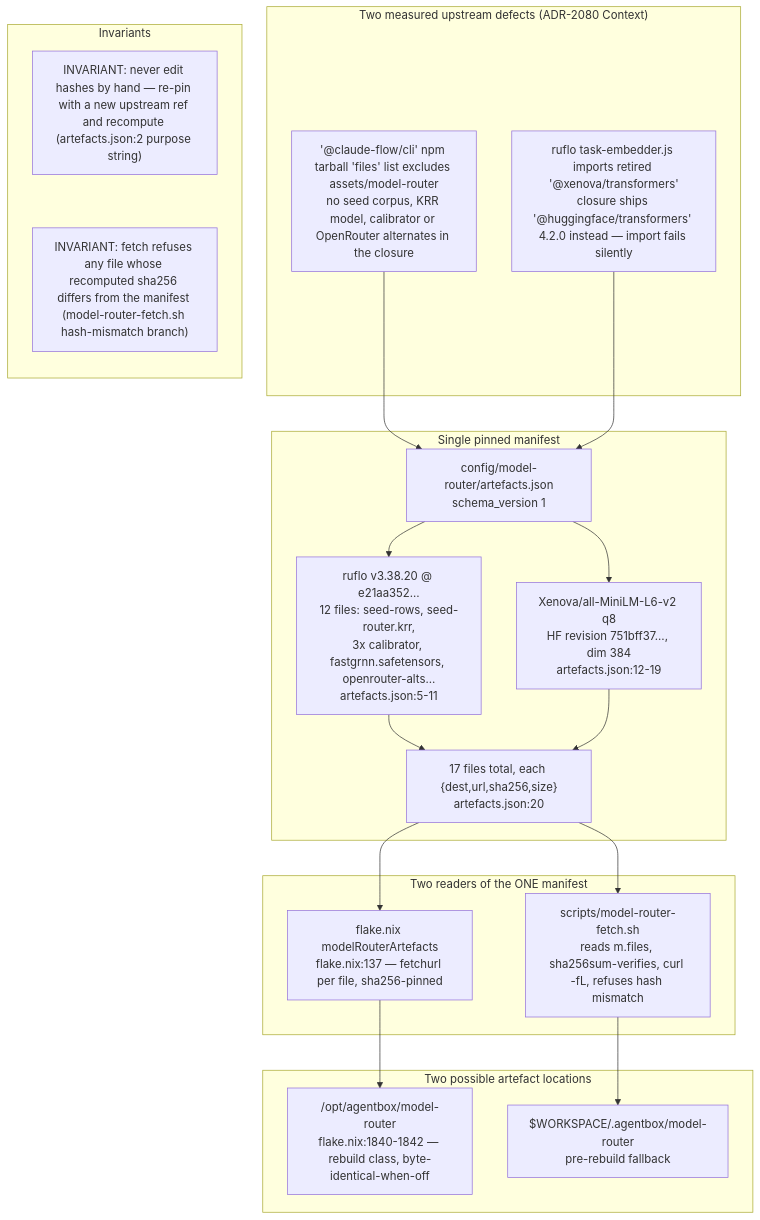
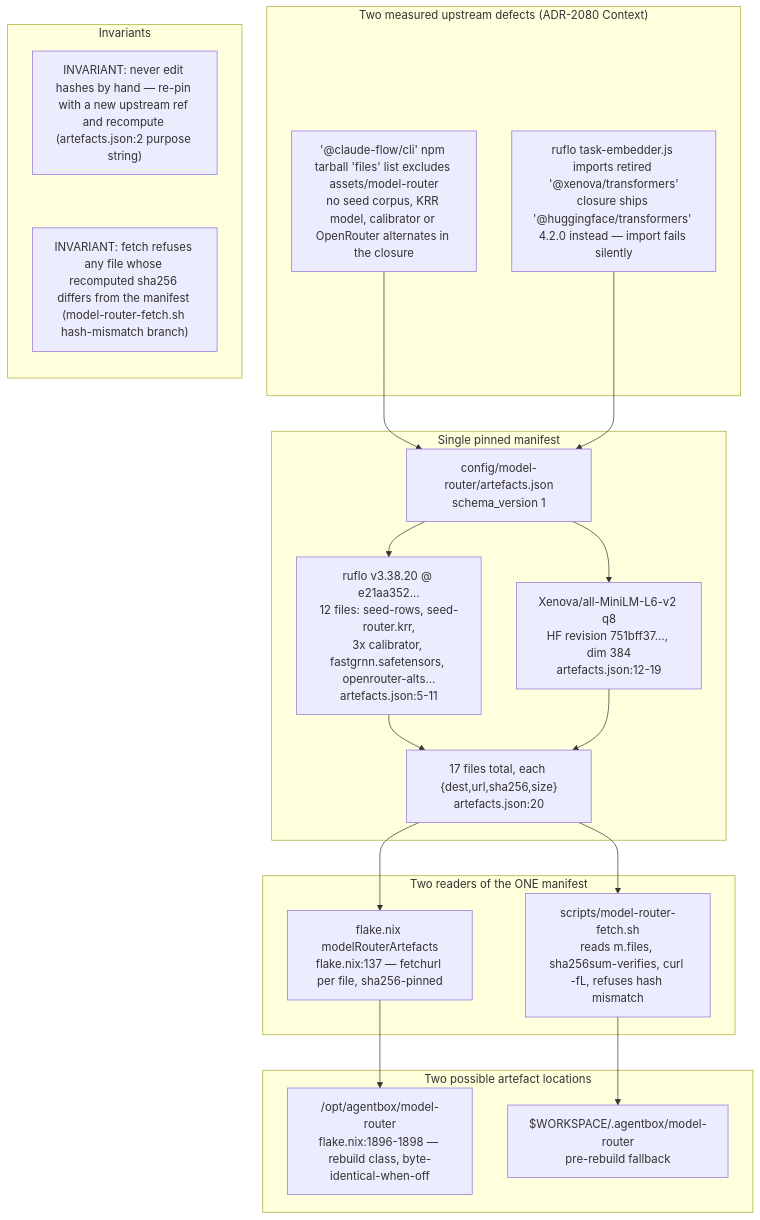
The first of 9 diagrams in docs/diagrams/agentbox/29-metaharness-router-console.md (DreamLab-AI/VisionFlow), drawn with Mermaid before and after one commit. The commit also changed other lines of this file and 94 other files, not shown here.

First line of the commit message:
docs(diagrams): re-verify 130 topics against 2 October HEADs

````diff
--- a/docs/diagrams/agentbox/29-metaharness-router-console.md
+++ b/docs/diagrams/agentbox/29-metaharness-router-console.md
@@ -28,33 +28,33 @@
 ```mermaid
 flowchart TB
     subgraph gap["Two measured upstream defects (ADR-2080 Context)"]
         T1["'@claude-flow/cli' npm tarball 'files' list excludes assets/model-router<br/>no seed corpus, KRR model, calibrator or OpenRouter alternates in the closure"]
         T2["ruflo task-embedder.js imports retired '@xenova/transformers'<br/>closure ships '@huggingface/transformers' 4.2.0 instead — import fails silently"]
     end
     subgraph manifest["Single pinned manifest"]
         ART["config/model-router/artefacts.json<br/>schema_version 1"]
         RUFLO["ruflo v3.38.20 @ e21aa352…<br/>12 files: seed-rows, seed-router.krr,<br/>3x calibrator, fastgrnn.safetensors, openrouter-alts…<br/>artefacts.json:5-11"]
         EMB["Xenova/all-MiniLM-L6-v2 q8<br/>HF revision 751bff37…, dim 384<br/>artefacts.json:12-19"]
         FILES["17 files total, each {dest,url,sha256,size}<br/>artefacts.json:20"]
     end
     subgraph readers["Two readers of the ONE manifest"]
         NIX["flake.nix modelRouterArtefacts<br/>flake.nix:137 — fetchurl per file, sha256-pinned"]
         FETCH["scripts/model-router-fetch.sh<br/>reads m.files, sha256sum-verifies, curl -fL, refuses hash mismatch"]
     end
     subgraph outputs["Two possible artefact locations"]
-        BAKED["/opt/agentbox/model-router<br/>flake.nix:1840-1842 — rebuild class, byte-identical-when-off"]
+        BAKED["/opt/agentbox/model-router<br/>flake.nix:1896-1898 — rebuild class, byte-identical-when-off"]
         FALLBACK["$WORKSPACE/.agentbox/model-router<br/>pre-rebuild fallback"]
     end
     T1 --> ART
     T2 --> ART
     ART --> RUFLO --> FILES
     ART --> EMB --> FILES
     FILES --> NIX --> BAKED
     FILES --> FETCH --> FALLBACK
     subgraph notes["Invariants"]
         direction TB
         N1["INVARIANT: never edit hashes by hand — re-pin with a new upstream ref and recompute (artefacts.json:2 purpose string)"]
         N2["INVARIANT: fetch refuses any file whose recomputed sha256 differs from the manifest (model-router-fetch.sh hash-mismatch branch)"]
         N1 ~~~ N2
     end
 ```
````
